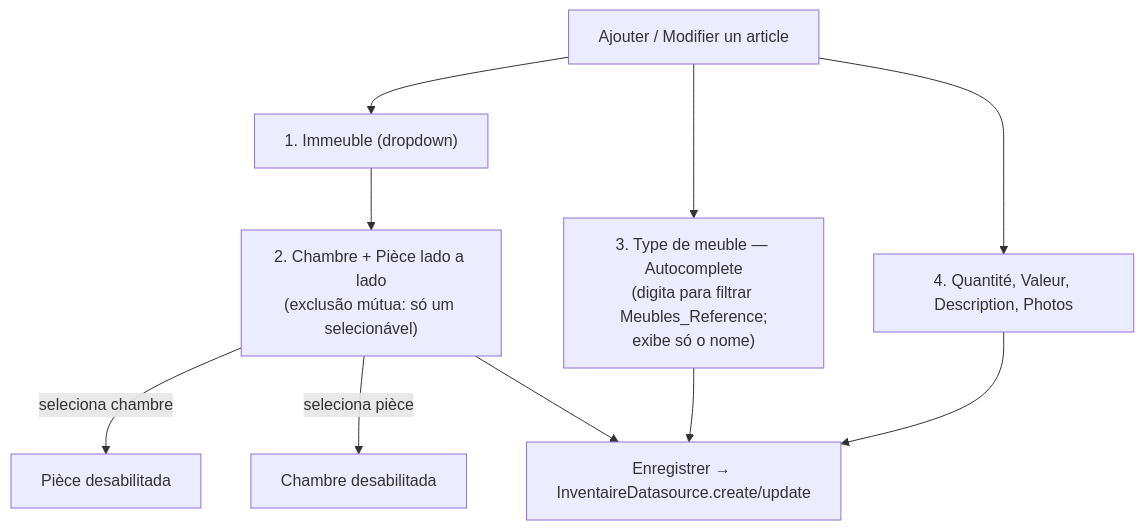
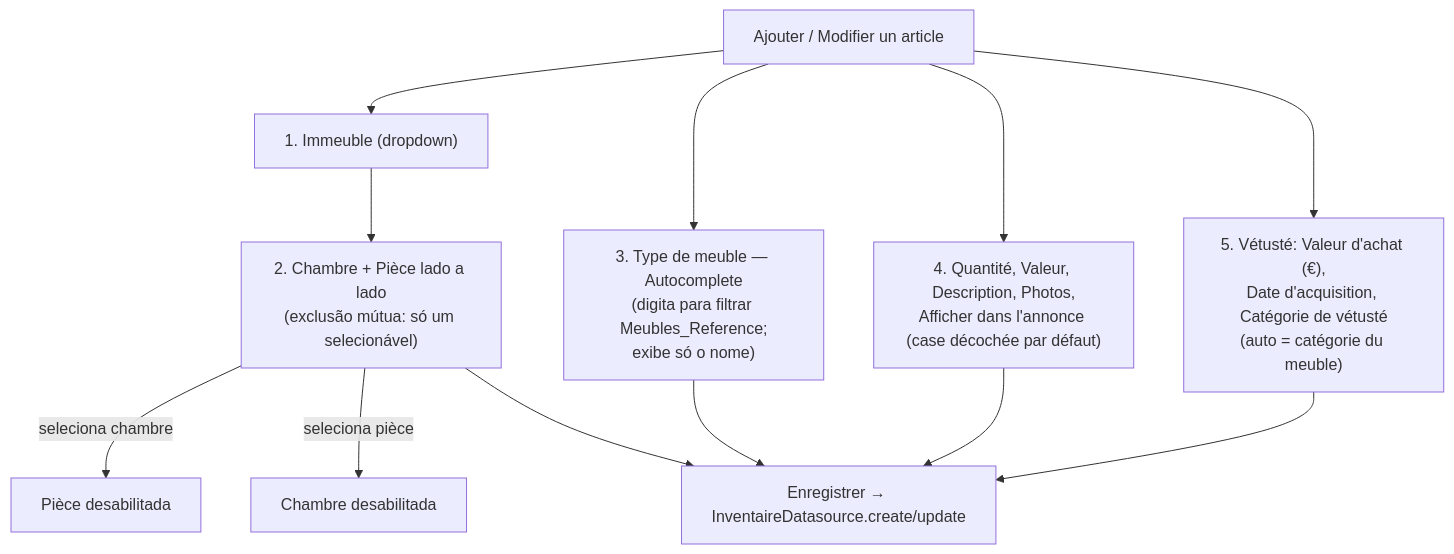
One commit to rhayonne/lacoloc changed the third of 5 diagrams in diagrams/08_gestion_inventaire.md. Above: the diagram before and after it, drawn with Mermaid. The commit also changed other lines of this file and 89 other files, not shown here.

````diff
--- a/diagrams/08_gestion_inventaire.md
+++ b/diagrams/08_gestion_inventaire.md
@@ -53,15 +53,17 @@
 ```mermaid
 flowchart TD
     START["Ajouter / Modifier un article"]
     START --> IMMSEL["1. Immeuble (dropdown)"]
     IMMSEL --> LIEU["2. Chambre + Pièce lado a lado\n(exclusão mútua: só um selecionável)"]
     START --> TYPE["3. Type de meuble — Autocomplete\n(digita para filtrar Meubles_Reference;\nexibe só o nome)"]
-    START --> QTY["4. Quantité, Valeur, Description, Photos"]
+    START --> QTY["4. Quantité, Valeur, Description, Photos,\nAfficher dans l'annonce (case décochée par défaut)"]
+    START --> VET["5. Vétusté: Valeur d'achat (€),\nDate d'acquisition, Catégorie de vétusté\n(auto = catégorie du meuble)"]
 
     LIEU -->|seleciona chambre| LOCKP["Pièce desabilitada"]
     LIEU -->|seleciona pièce| LOCKC["Chambre desabilitada"]
 
     TYPE --> SAVE["Enregistrer → InventaireDatasource.create/update"]
     QTY --> SAVE
     LIEU --> SAVE
+    VET --> SAVE
 ```
````
